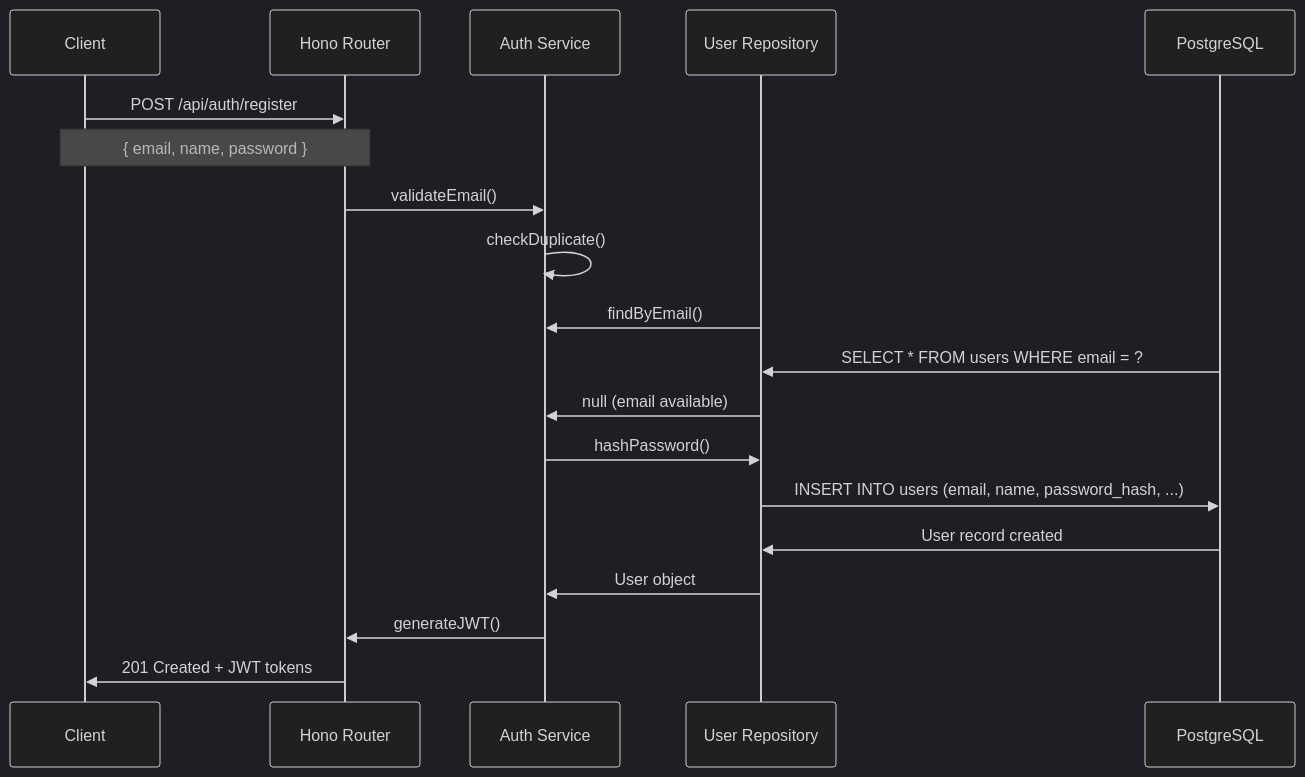
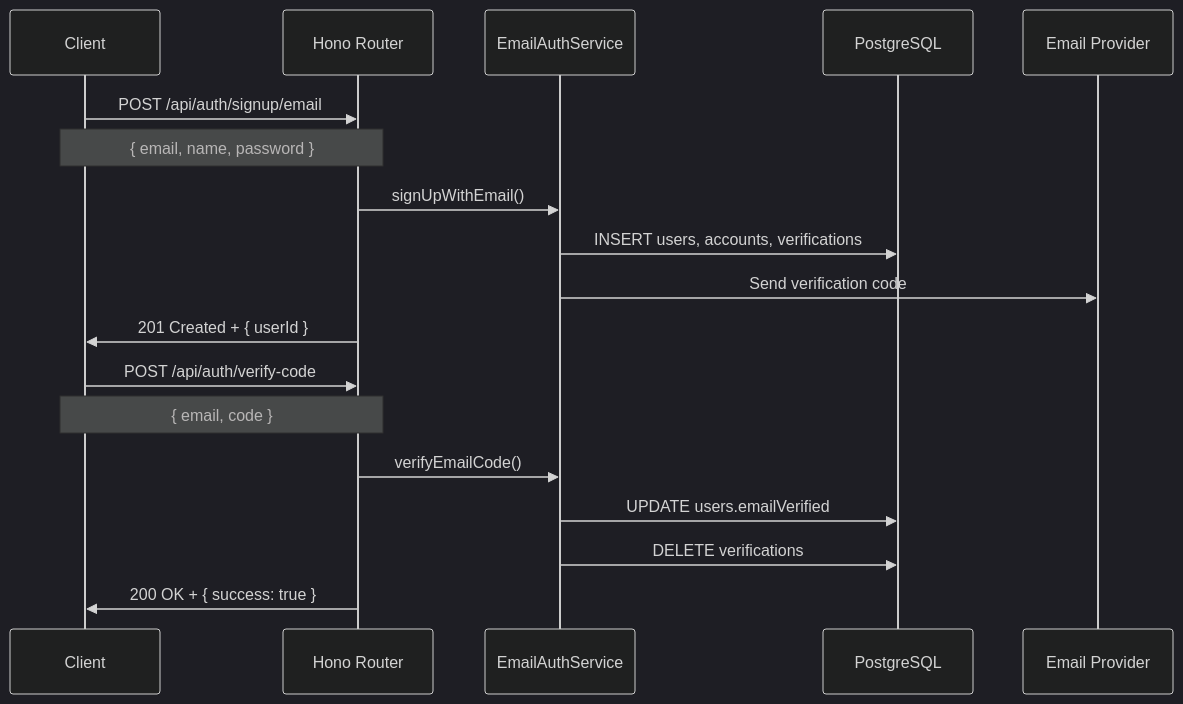
Before and after one commit to SINGH-RAJVEER/slidesage: the first of 6 diagrams in docs/REQUEST_FLOWS.md, drawn with Mermaid (dark theme). The commit also changed other lines of this file and 63 other files, not shown here.

````diff
--- a/docs/REQUEST_FLOWS.md
+++ b/docs/REQUEST_FLOWS.md
@@ -7,26 +7,24 @@
 ```mermaid
 sequenceDiagram
     participant Client as Client
     participant Hono as Hono Router
-    participant Auth as Auth Service
-    participant UserRepo as User Repository
+    participant EmailAuth as EmailAuthService
     participant DB as PostgreSQL
+    participant Email as Email Provider
 
-    Client->>Hono: POST /api/auth/register
+    Client->>Hono: POST /api/auth/signup/email
     Note over Client,Hono: { email, name, password }
 
-    Hono->>Auth: validateEmail()
-    Auth->>Auth: checkDuplicate()
+    Hono->>EmailAuth: signUpWithEmail()
+    EmailAuth->>DB: INSERT users, accounts, verifications
+    EmailAuth->>Email: Send verification code
+    Hono->>Client: 201 Created + { userId }
 
-    UserRepo->>Auth: findByEmail()
-    DB->>UserRepo: SELECT * FROM users WHERE email = ?
-    UserRepo->>Auth: null (email available)
+    Client->>Hono: POST /api/auth/verify-code
+    Note over Client,Hono: { email, code }
 
-    Auth->>UserRepo: hashPassword()
-    UserRepo->>DB: INSERT INTO users (email, name, password_hash, ...)
-    DB->>UserRepo: User record created
-    UserRepo->>Auth: User object
-
-    Auth->>Hono: generateJWT()
-    Hono->>Client: 201 Created + JWT tokens
+    Hono->>EmailAuth: verifyEmailCode()
+    EmailAuth->>DB: UPDATE users.emailVerified
+    EmailAuth->>DB: DELETE verifications
+    Hono->>Client: 200 OK + { success: true }
 ```
````
